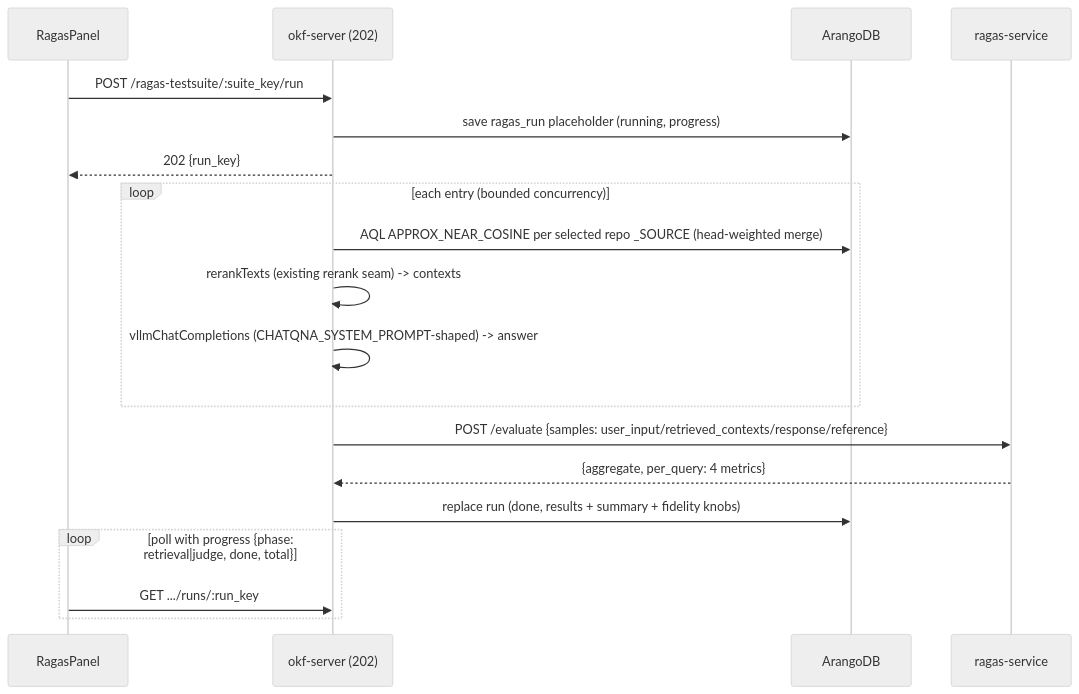
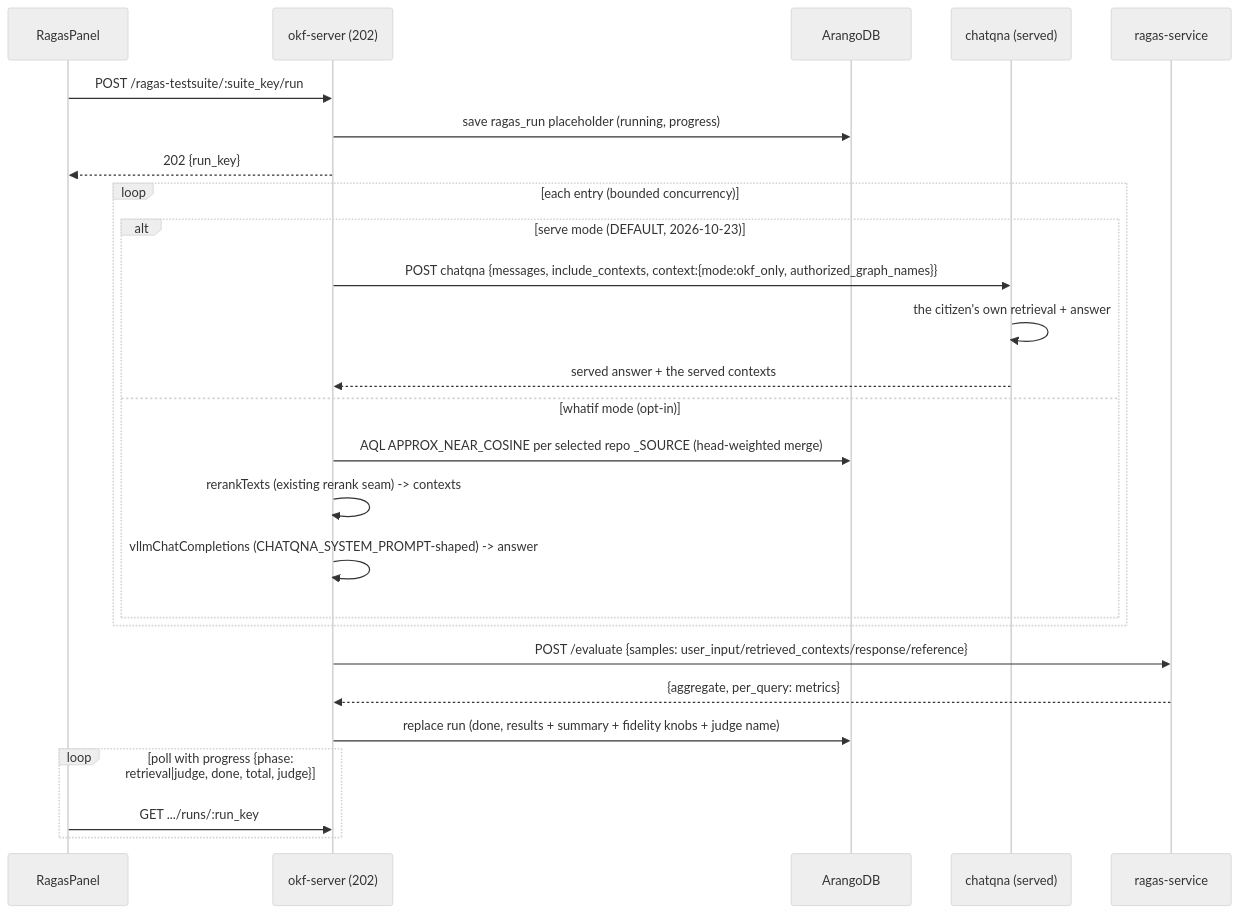
The third of 5 diagrams in _bmad-output/specs/spec-okf-ragas-benchmarking/architecture-diagrams.md (jrevillard/genie-ai-replica), drawn with Mermaid (neutral theme) before and after one commit. The commit also changed other lines of this file and 6 other files, not shown here.

````diff
--- a/_bmad-output/specs/spec-okf-ragas-benchmarking/architecture-diagrams.md
+++ b/_bmad-output/specs/spec-okf-ragas-benchmarking/architecture-diagrams.md
@@ -57,21 +57,28 @@
 ```mermaid
 sequenceDiagram
   participant UI as RagasPanel
   participant API as okf-server (202)
   participant DB as ArangoDB
+  participant CQ as chatqna (served)
   participant RS as ragas-service
   UI->>API: POST /ragas-testsuite/:suite_key/run
   API->>DB: save ragas_run placeholder (running, progress)
   API-->>UI: 202 {run_key}
   loop each entry (bounded concurrency)
-    API->>DB: AQL APPROX_NEAR_COSINE per selected repo _SOURCE (head-weighted merge)
-    API->>API: rerankTexts (existing rerank seam) -> contexts
-    API->>API: vllmChatCompletions (CHATQNA_SYSTEM_PROMPT-shaped) -> answer
+    alt serve mode (DEFAULT, 2026-10-23)
+      API->>CQ: POST chatqna {messages, include_contexts, context:{mode:okf_only, authorized_graph_names}}
+      CQ->>CQ: the citizen's own retrieval + answer
+      CQ-->>API: served answer + the served contexts
+    else whatif mode (opt-in)
+      API->>DB: AQL APPROX_NEAR_COSINE per selected repo _SOURCE (head-weighted merge)
+      API->>API: rerankTexts (existing rerank seam) -> contexts
+      API->>API: vllmChatCompletions (CHATQNA_SYSTEM_PROMPT-shaped) -> answer
+    end
   end
   API->>RS: POST /evaluate {samples: user_input/retrieved_contexts/response/reference}
-  RS-->>API: {aggregate, per_query: 4 metrics}
-  API->>DB: replace run (done, results + summary + fidelity knobs)
-  loop poll with progress {phase: retrieval|judge, done, total}
+  RS-->>API: {aggregate, per_query: metrics}
+  API->>DB: replace run (done, results + summary + fidelity knobs + judge name)
+  loop poll with progress {phase: retrieval|judge, done, total, judge}
     UI->>API: GET .../runs/:run_key
   end
 ```
````
